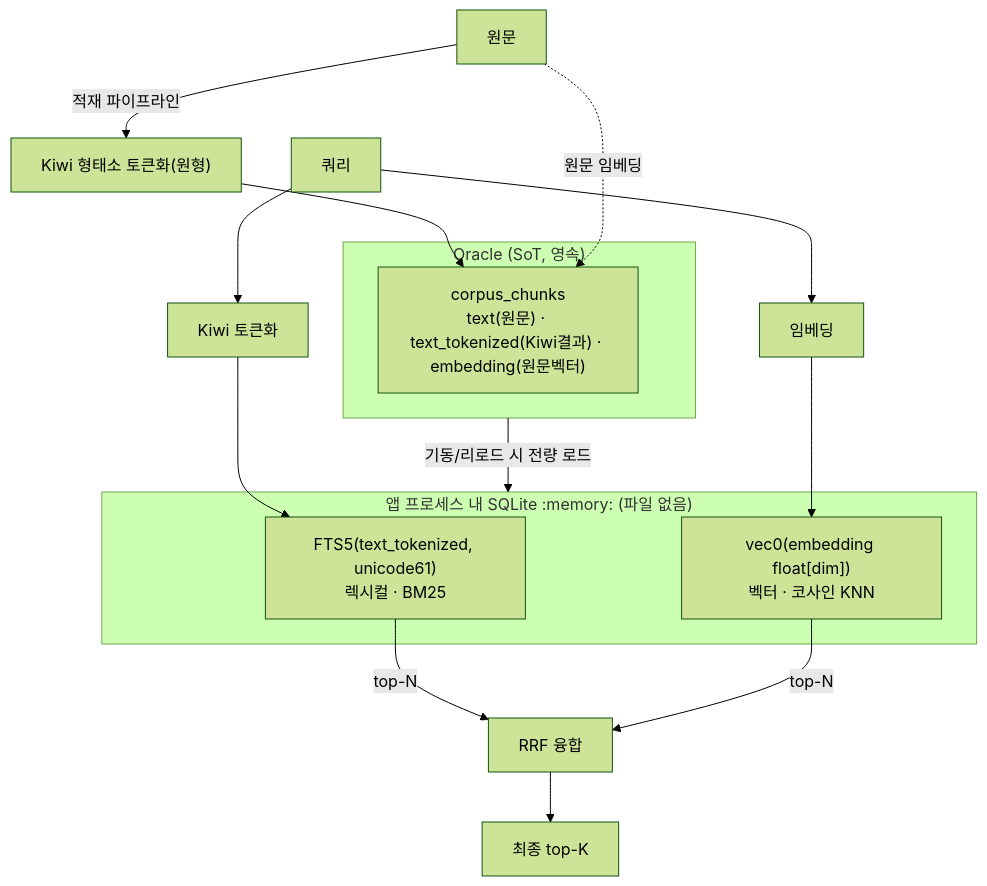
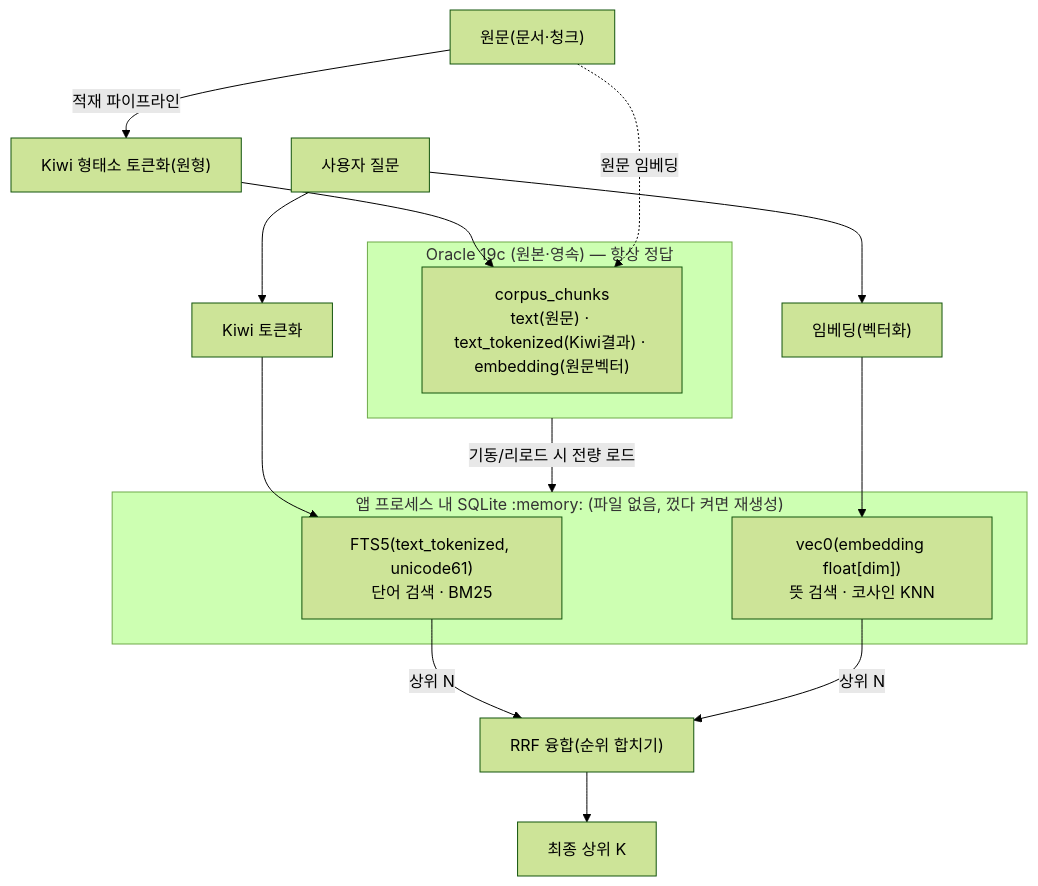
Before and after one commit to catinbox276/graph-search-chat: the diagram in docs/inmemory-search-poc.md, drawn with Mermaid (forest theme). The commit also changed other lines of this file, not shown here.

````diff
--- a/docs/inmemory-search-poc.md
+++ b/docs/inmemory-search-poc.md
@@ -24,22 +82,22 @@
 ```mermaid
 flowchart TB
-    src["원문"] -->|적재 파이프라인| kiwi["Kiwi 형태소 토큰화(원형)"]
+    src["원문(문서·청크)"] -->|적재 파이프라인| kiwi["Kiwi 형태소 토큰화(원형)"]
 
-    subgraph ORA["Oracle (SoT, 영속)"]
+    subgraph ORA["Oracle 19c (원본·영속) — 항상 정답"]
         cols["corpus_chunks<br/>text(원문) · text_tokenized(Kiwi결과) · embedding(원문벡터)"]
     end
     kiwi --> cols
     src -.원문 임베딩.-> cols
 
-    subgraph MEM["앱 프로세스 내 SQLite :memory: (파일 없음)"]
-        fts["FTS5(text_tokenized, unicode61)<br/>렉시컬 · BM25"]
-        vec["vec0(embedding float[dim])<br/>벡터 · 코사인 KNN"]
+    subgraph MEM["앱 프로세스 내 SQLite :memory: (파일 없음, 껐다 켜면 재생성)"]
+        fts["FTS5(text_tokenized, unicode61)<br/>단어 검색 · BM25"]
+        vec["vec0(embedding float[dim])<br/>뜻 검색 · 코사인 KNN"]
     end
     ORA -->|기동/리로드 시 전량 로드| MEM
 
-    q["쿼리"] --> qk["Kiwi 토큰화"] --> fts
-    q --> qe["임베딩"] --> vec
-    fts -->|top-N| rrf["RRF 융합"]
-    vec -->|top-N| rrf
-    rrf --> out["최종 top-K"]
+    q["사용자 질문"] --> qk["Kiwi 토큰화"] --> fts
+    q --> qe["임베딩(벡터화)"] --> vec
+    fts -->|상위 N| rrf["RRF 융합(순위 합치기)"]
+    vec -->|상위 N| rrf
+    rrf --> out["최종 상위 K"]
 ```
````
